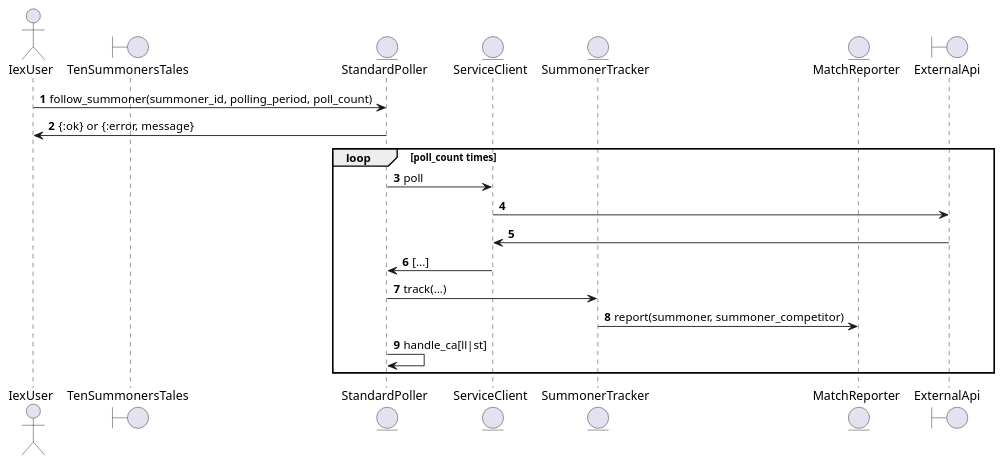
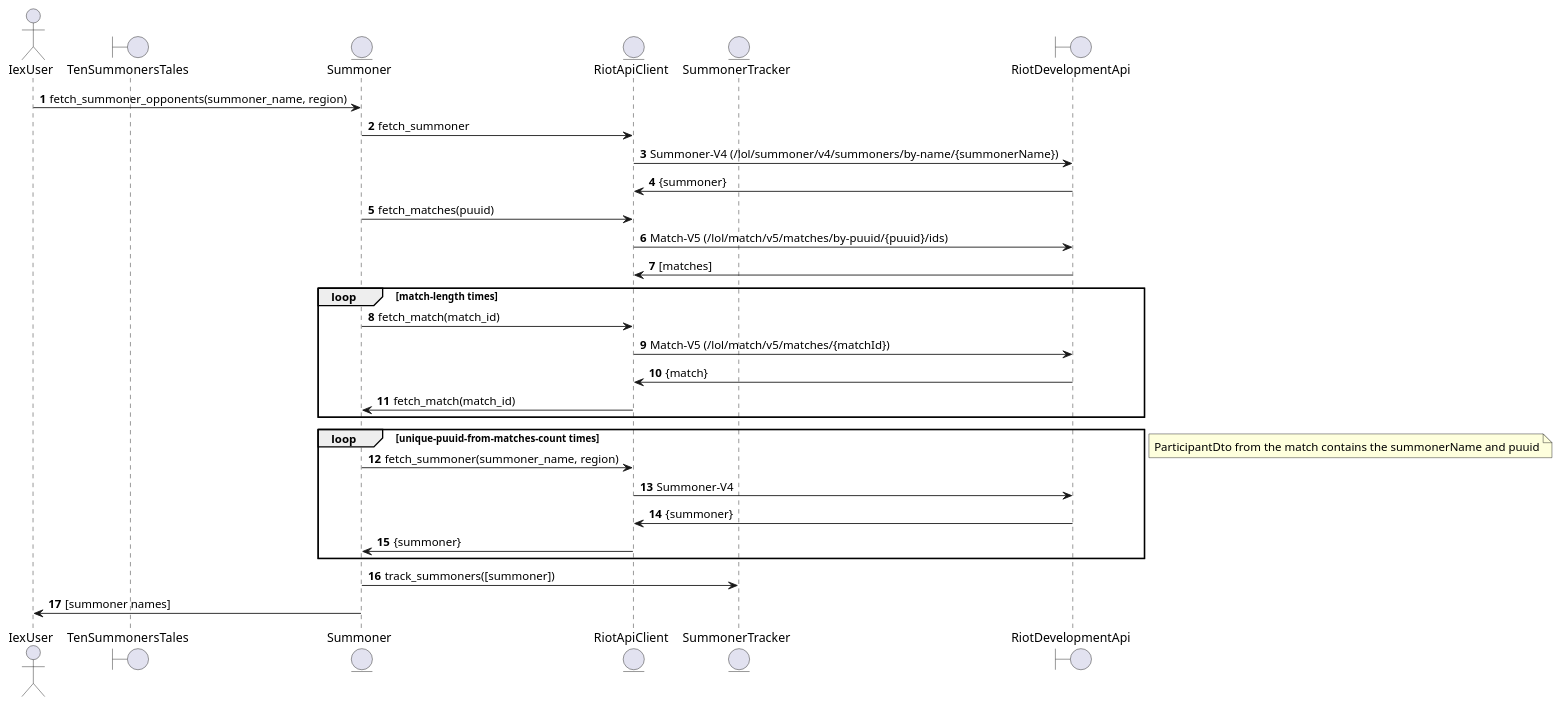
Before and after one commit to ciroque/ten_summoners_tales: the diagram in docs/poller_sequence.puml, drawn with PlantUML. The commit also changed 2 other files, not shown here.

```diff
--- a/docs/poller_sequence.puml
+++ b/docs/poller_sequence.puml
@@ -1,29 +1,40 @@
 @startuml
 'https://plantuml.com/sequence-diagram
 
 autonumber
 
 actor IexUser
 boundary TenSummonersTales
-entity StandardPoller
-entity ServiceClient
+entity Summoner
+entity RiotApiClient
 entity SummonerTracker
-entity MatchReporter
-boundary ExternalApi
+boundary RiotDevelopmentApi
 
-IexUser -> StandardPoller : follow_summoner(summoner_id, polling_period, poll_count)
-IexUser <- StandardPoller : {:ok} or {:error, message}
-loop poll_count times
+IexUser -> Summoner : fetch_summoner_opponents(summoner_name, region)
+Summoner -> RiotApiClient : fetch_summoner
+RiotApiClient -> RiotDevelopmentApi : Summoner-V4 (/lol/summoner/v4/summoners/by-name/{summonerName})
+RiotApiClient <- RiotDevelopmentApi : {summoner}
+Summoner -> RiotApiClient : fetch_matches(puuid)
+RiotApiClient -> RiotDevelopmentApi : Match-V5 (/lol/match/v5/matches/by-puuid/{puuid}/ids)
+RiotApiClient <- RiotDevelopmentApi : [matches]
 
-  StandardPoller -> ServiceClient : poll
-  ServiceClient -> ExternalApi
-  ServiceClient <- ExternalApi
-  StandardPoller <- ServiceClient : [...]
-
-  StandardPoller -> SummonerTracker : track(...)
-  SummonerTracker -> MatchReporter : report(summoner, summoner_competitor)
-
-  StandardPoller -> StandardPoller : handle_ca[ll|st]
+loop match-length times
+  Summoner -> RiotApiClient : fetch_match(match_id)
+  RiotApiClient -> RiotDevelopmentApi : Match-V5 (/lol/match/v5/matches/{matchId})
+  RiotApiClient <- RiotDevelopmentApi : {match}
+  Summoner <- RiotApiClient : fetch_match(match_id)
 end
 
+loop unique-puuid-from-matches-count times
+  Summoner -> RiotApiClient : fetch_summoner(summoner_name, region)
+  RiotApiClient -> RiotDevelopmentApi : Summoner-V4
+  RiotApiClient <- RiotDevelopmentApi : {summoner}
+  Summoner <- RiotApiClient : {summoner}
+end
+note left : ParticipantDto from the match contains the summonerName and puuid
+
+Summoner -> SummonerTracker : track_summoners([summoner])
+
+IexUser <- Summoner : [summoner names]
+
 @enduml
```
